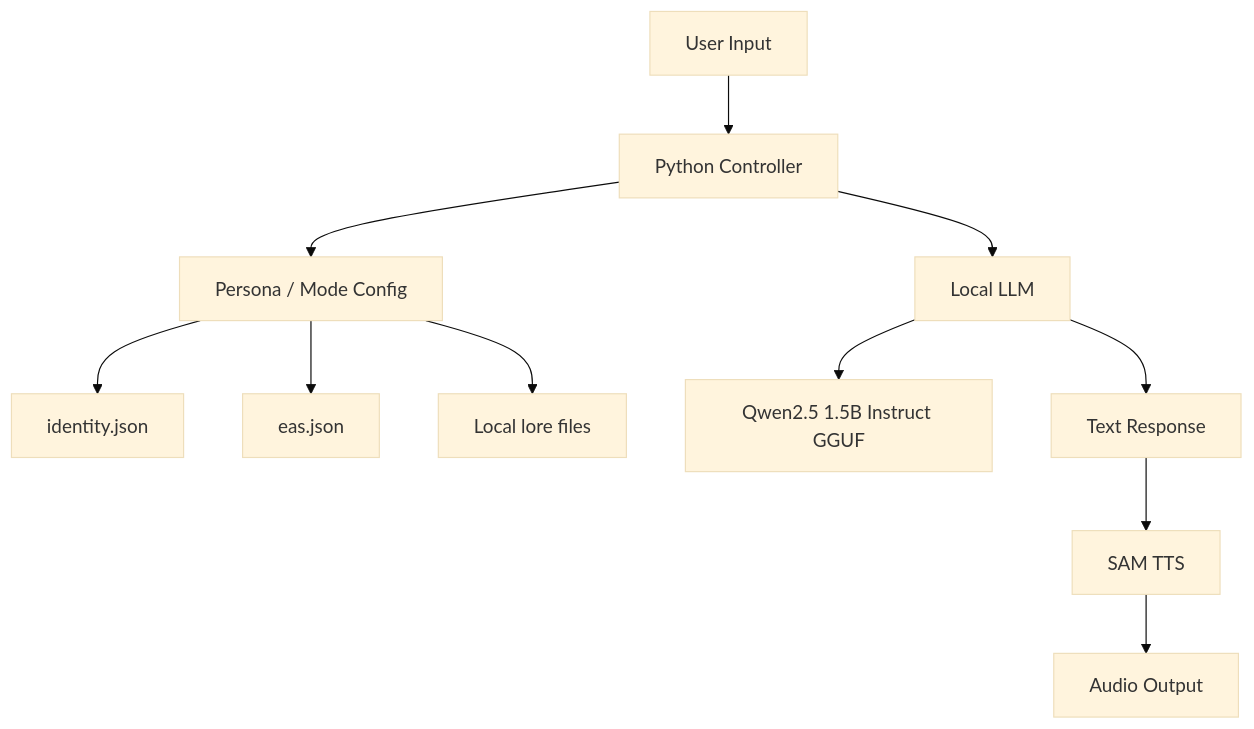
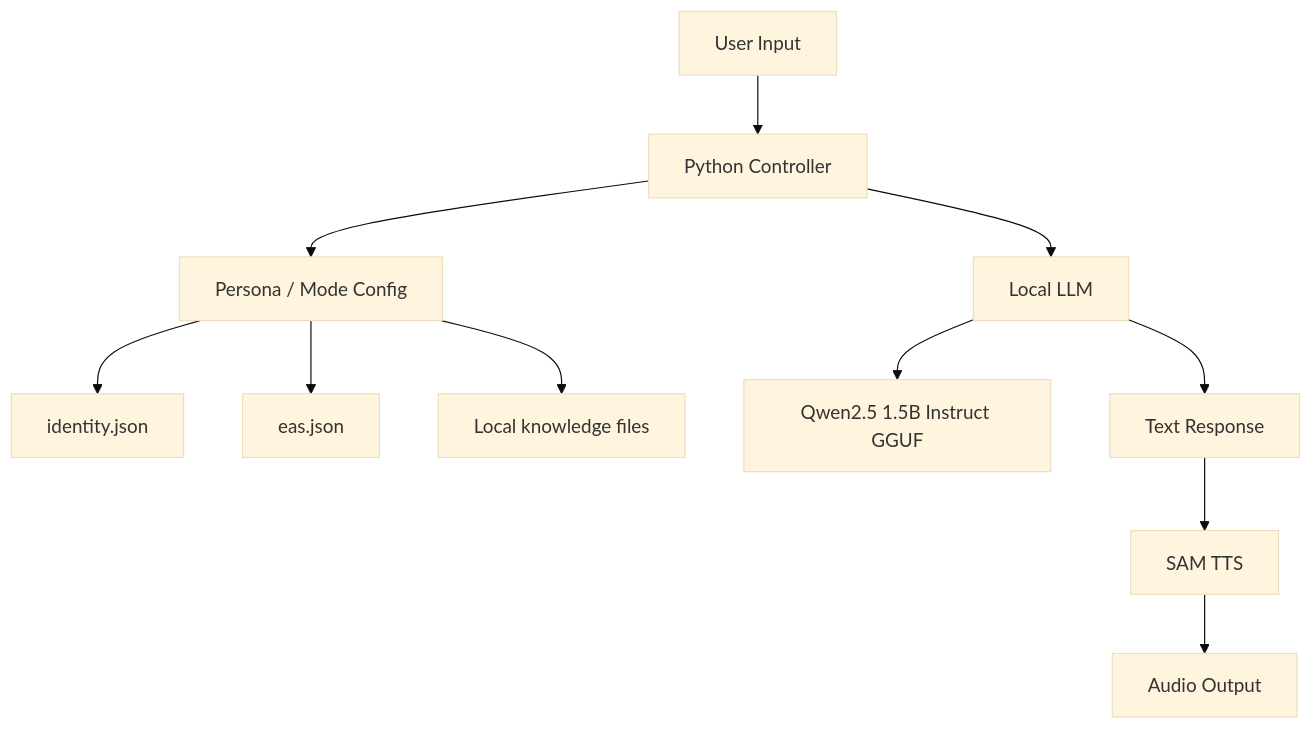
One commit to Ace0I0/ESP32_Testing changed the diagram in README.md. Above: the diagram before and after it, drawn with Mermaid (base theme). The commit also changed other lines of this file, not shown here.

````diff
--- a/README.md
+++ b/README.md
@@ -20,16 +20,16 @@
 ```mermaid
 flowchart TD
     A[User Input] --> B[Python Controller]
 
     B --> C[Persona / Mode Config]
     C --> C1[identity.json]
     C --> C2[eas.json]
-    C --> C3[Local lore files]
+    C --> C3[Local knowledge files]
 
     B --> D[Local LLM]
     D --> D2[Qwen2.5 1.5B Instruct GGUF]
 
     D --> E[Text Response]
     E --> F[SAM TTS]
     F --> G[Audio Output]
 ```
````
